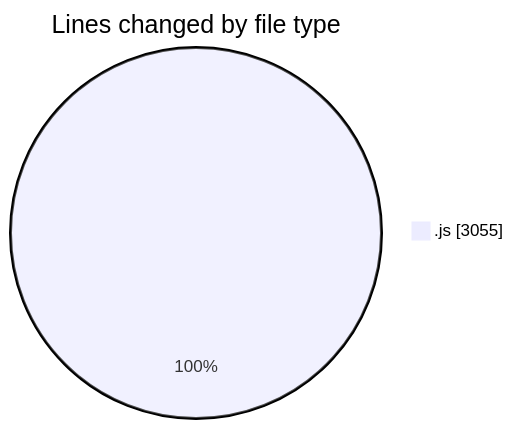
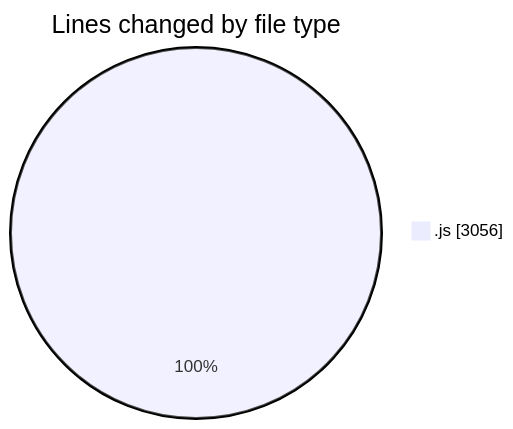
Before and after one commit to nxtqubesakshisongat/code-tracking: the first of 2 diagrams in 2025-10-16/nxtqube_webapp/README.md, drawn with Mermaid. The commit also changed other lines of this file and 1 other file, not shown here.

````diff
--- a/2025-10-16/nxtqube_webapp/README.md
+++ b/2025-10-16/nxtqube_webapp/README.md
@@ -20,5 +20,5 @@
 ```mermaid
 pie showData
 title Lines changed by file type
-".js" : 3055
+".js" : 3056
 ```
````
